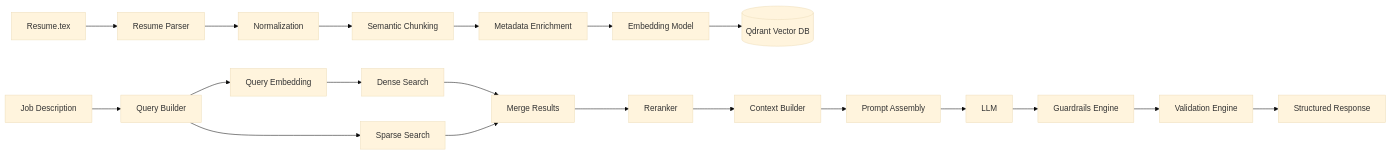
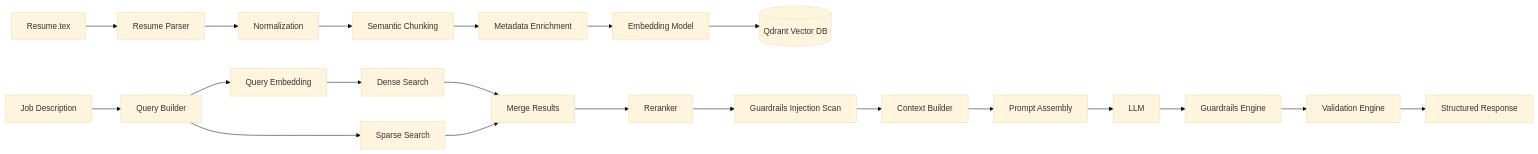
One commit to rsinghcodes/Tailr changed the diagram in docs/Diagrams/05-RAG-Pipeline.mmd. Above: the diagram before and after it, drawn with Mermaid (base theme). The commit also changed 59 other files, not shown here.

Commit message:
docs: add comprehensive project documentation including architecture, diagrams, roadmaps, and architectural decision records.

```diff
--- a/docs/Diagrams/05-RAG-Pipeline.mmd
+++ b/docs/Diagrams/05-RAG-Pipeline.mmd
@@ -1,39 +1,41 @@
 flowchart LR
 
 Resume[Resume.tex] --> Parser[Resume Parser]
 
 Parser --> Normalize[Normalization]
 
 Normalize --> Chunks[Semantic Chunking]
 
 Chunks --> Metadata[Metadata Enrichment]
 
 Metadata --> Embedding[Embedding Model]
 
 Embedding --> Qdrant[(Qdrant Vector DB)]
 
 JD[Job Description] --> Query[Query Builder]
 
 Query --> EmbedQuery[Query Embedding]
 
 EmbedQuery --> DenseSearch[Dense Search]
 
 Query --> SparseSearch[Sparse Search]
 
 DenseSearch --> Merge[Merge Results]
 
 SparseSearch --> Merge
 
 Merge --> Rerank[Reranker]
 
-Rerank --> Context[Context Builder]
+Rerank --> InjectionScan[Guardrails Injection Scan]
+
+InjectionScan --> Context[Context Builder]
 
 Context --> Prompt[Prompt Assembly]
 
 Prompt --> LLM[LLM]
 
 LLM --> Guardrails[Guardrails Engine]
 
 Guardrails --> Validate[Validation Engine]
 
 Validate --> Answer[Structured Response]
```
